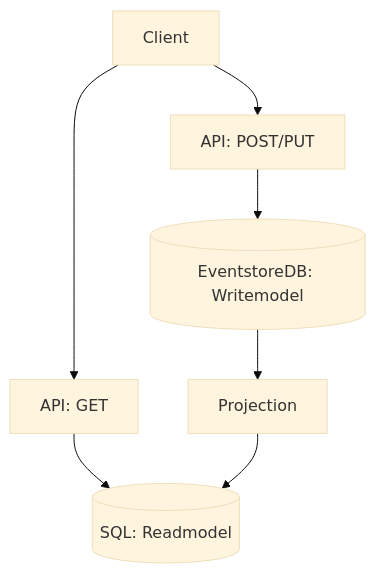
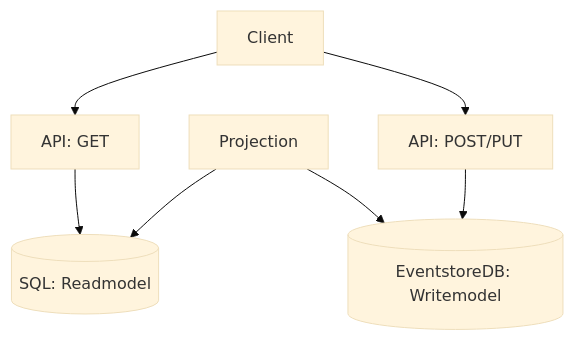
One commit to audunmeltzer/eventstoredb_workshop changed the diagram in README.md. Above: the diagram before and after it, drawn with Mermaid (base theme).

Commit message:
Oppdatert tegning for CQRS

````diff
--- a/README.md
+++ b/README.md
@@ -106,9 +106,9 @@
 ```mermaid
 flowchart TD
     A[Client] --> C[API: GET]
     A[Client] --> B[API: POST/PUT]
+    F[Projection] --> D
     B --> D[(EventstoreDB: Writemodel)]
     C --> E[(SQL: Readmodel)]
     F --> E
-    D --> F[Projection]
 ```
````
